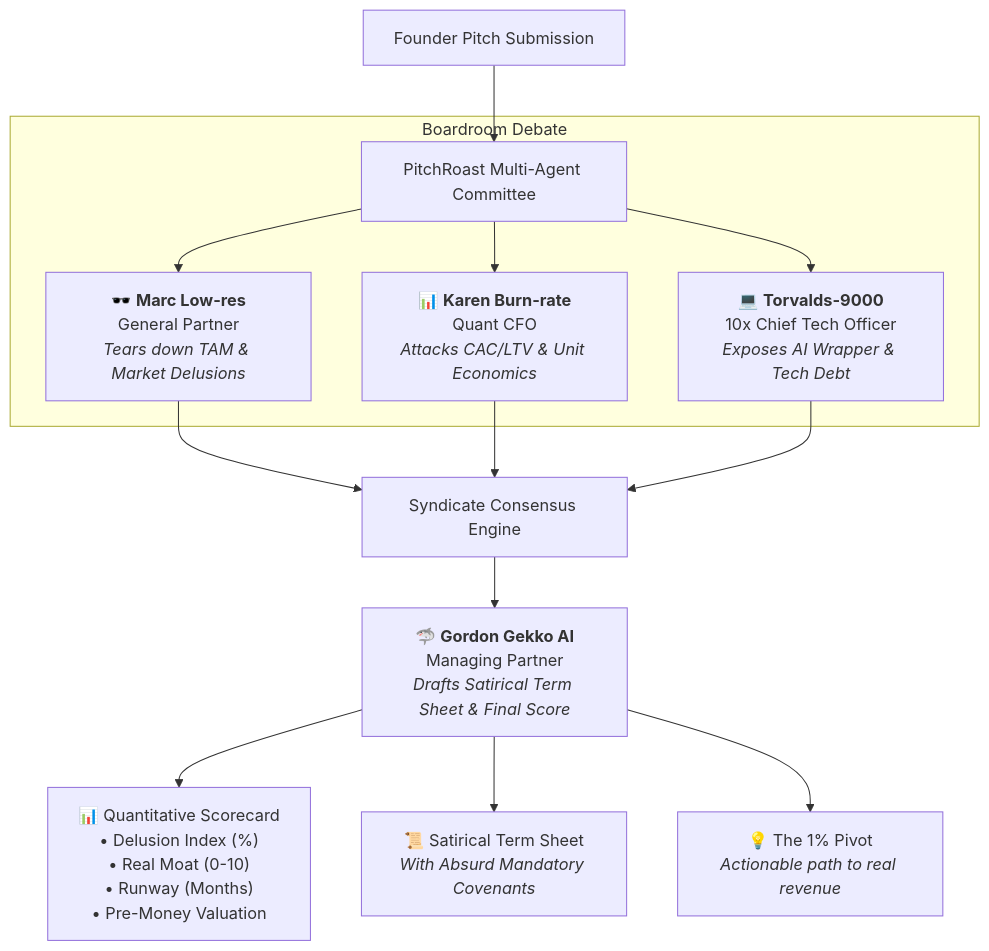
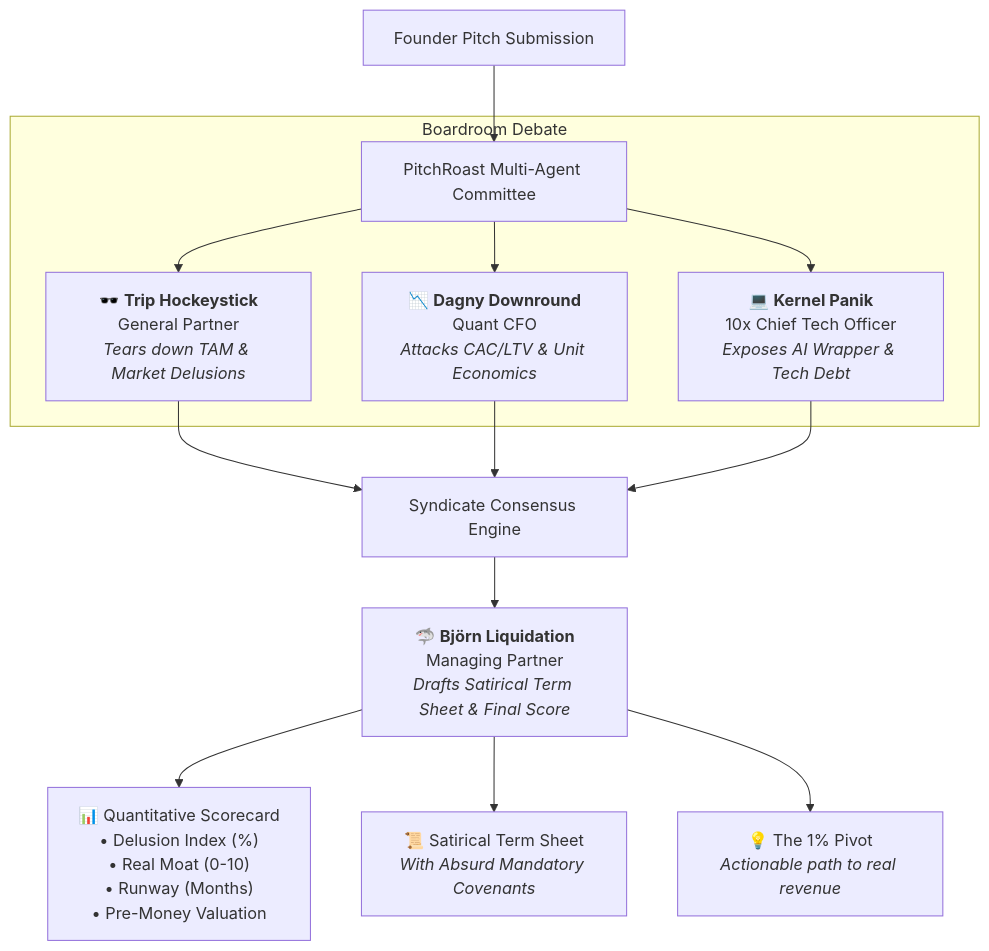
Before and after one commit to akkireddy-challa/pitchroast: the diagram in README.md, drawn with Mermaid. The commit also changed other lines of this file and 16 other files, not shown here.

````diff
--- a/README.md
+++ b/README.md
@@ -27,20 +27,20 @@
 ```mermaid
 graph TD
     A[Founder Pitch Submission] --> B[PitchRoast Multi-Agent Committee]
     
     subgraph Boardroom Debate
-        B --> C["🕶️ <b>Marc Low-res</b><br>General Partner<br><i>Tears down TAM & Market Delusions</i>"]
-        B --> D["📊 <b>Karen Burn-rate</b><br>Quant CFO<br><i>Attacks CAC/LTV & Unit Economics</i>"]
-        B --> E["💻 <b>Torvalds-9000</b><br>10x Chief Tech Officer<br><i>Exposes AI Wrapper & Tech Debt</i>"]
+        B --> C["🕶️ <b>Trip Hockeystick</b><br>General Partner<br><i>Tears down TAM & Market Delusions</i>"]
+        B --> D["📉 <b>Dagny Downround</b><br>Quant CFO<br><i>Attacks CAC/LTV & Unit Economics</i>"]
+        B --> E["💻 <b>Kernel Panik</b><br>10x Chief Tech Officer<br><i>Exposes AI Wrapper & Tech Debt</i>"]
     end
 
     C --> F[Syndicate Consensus Engine]
     D --> F
     E --> F
 
-    F --> G["🦈 <b>Gordon Gekko AI</b><br>Managing Partner<br><i>Drafts Satirical Term Sheet & Final Score</i>"]
+    F --> G["🦈 <b>Björn Liquidation</b><br>Managing Partner<br><i>Drafts Satirical Term Sheet & Final Score</i>"]
     
     G --> H["📊 Quantitative Scorecard<br>• Delusion Index (%)<br>• Real Moat (0-10)<br>• Runway (Months)<br>• Pre-Money Valuation"]
     G --> I["📜 Satirical Term Sheet<br><i>With Absurd Mandatory Covenants</i>"]
     G --> J["💡 The 1% Pivot<br><i>Actionable path to real revenue</i>"]
 ```
````
